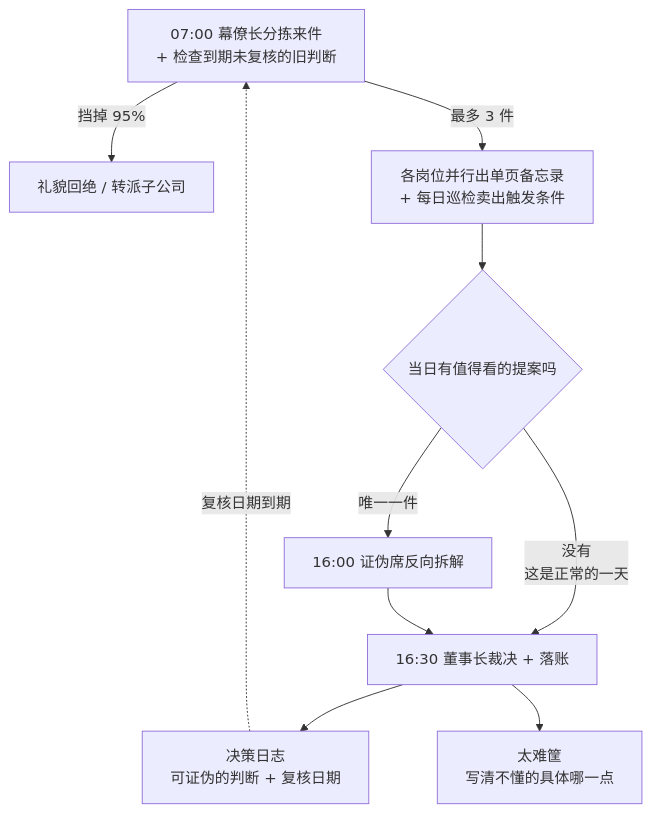
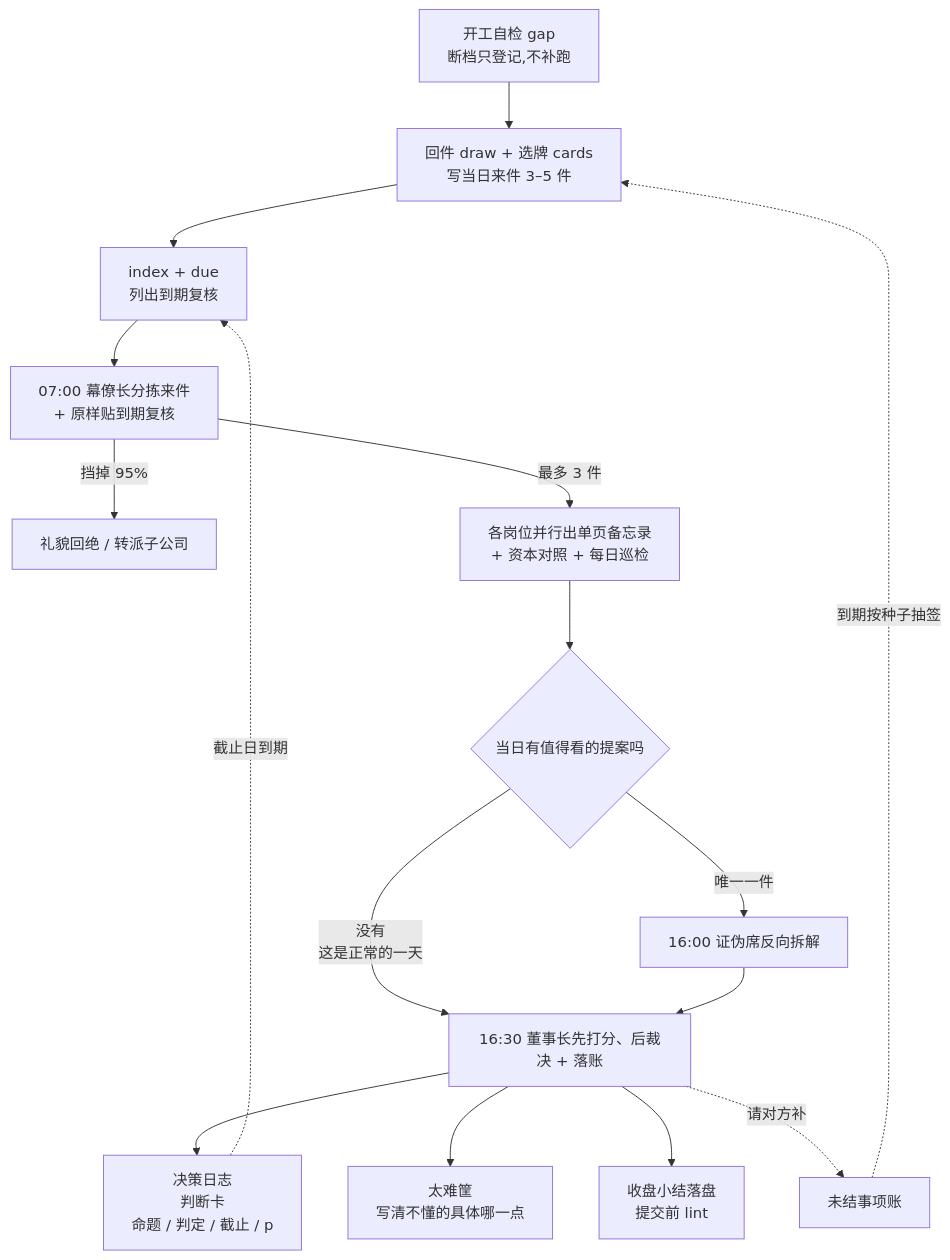
One commit to lichang333/Berkshire-Office-Simulation changed the diagram in README.md. Above: the diagram before and after it, drawn with Mermaid. The commit also changed other lines of this file and 21 other files, not shown here.

````diff
--- a/README.md
+++ b/README.md
@@ -66,12 +81,18 @@
 ```mermaid
 flowchart TD
-    A[07:00 幕僚长分拣来件<br>+ 检查到期未复核的旧判断] -->|挡掉 95%| X[礼貌回绝 / 转派子公司]
-    A -->|最多 3 件| B[各岗位并行出单页备忘录<br>+ 每日巡检卖出触发条件]
+    Z[开工自检 gap<br>断档只登记,不补跑] --> R[回件 draw + 选牌 cards<br>写当日来件 3–5 件]
+    R --> I[index + due<br>列出到期复核]
+    I --> A[07:00 幕僚长分拣来件<br>+ 原样贴到期复核]
+    A -->|挡掉 95%| X[礼貌回绝 / 转派子公司]
+    A -->|最多 3 件| B[各岗位并行出单页备忘录<br>+ 资本对照 + 每日巡检]
     B --> C{当日有值得看的提案吗}
     C -->|没有<br>这是正常的一天| E
     C -->|唯一一件| D[16:00 证伪席反向拆解]
-    D --> E[16:30 董事长裁决 + 落账]
-    E --> F[决策日志<br>可证伪的判断 + 复核日期]
+    D --> E[16:30 董事长先打分、后裁决 + 落账]
+    E --> F[决策日志<br>判断卡<br>命题 / 判定 / 截止 / p]
     E --> G[太难筐<br>写清不懂的具体哪一点]
-    F -.->|复核日期到期| A
+    E --> H[收盘小结落盘<br>提交前 lint]
+    E -.->|请对方补| O[未结事项账]
+    O -.->|到期按种子抽签| R
+    F -.->|截止日到期| I
 ```
````
